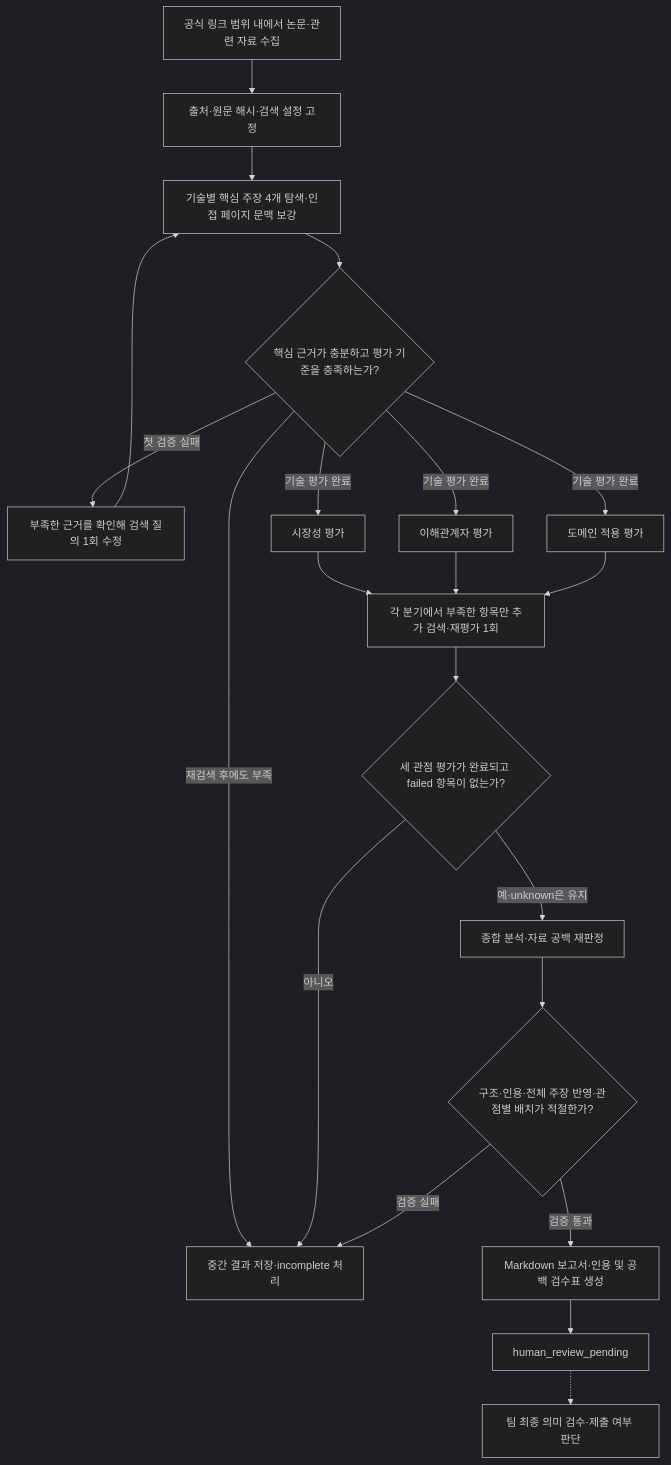
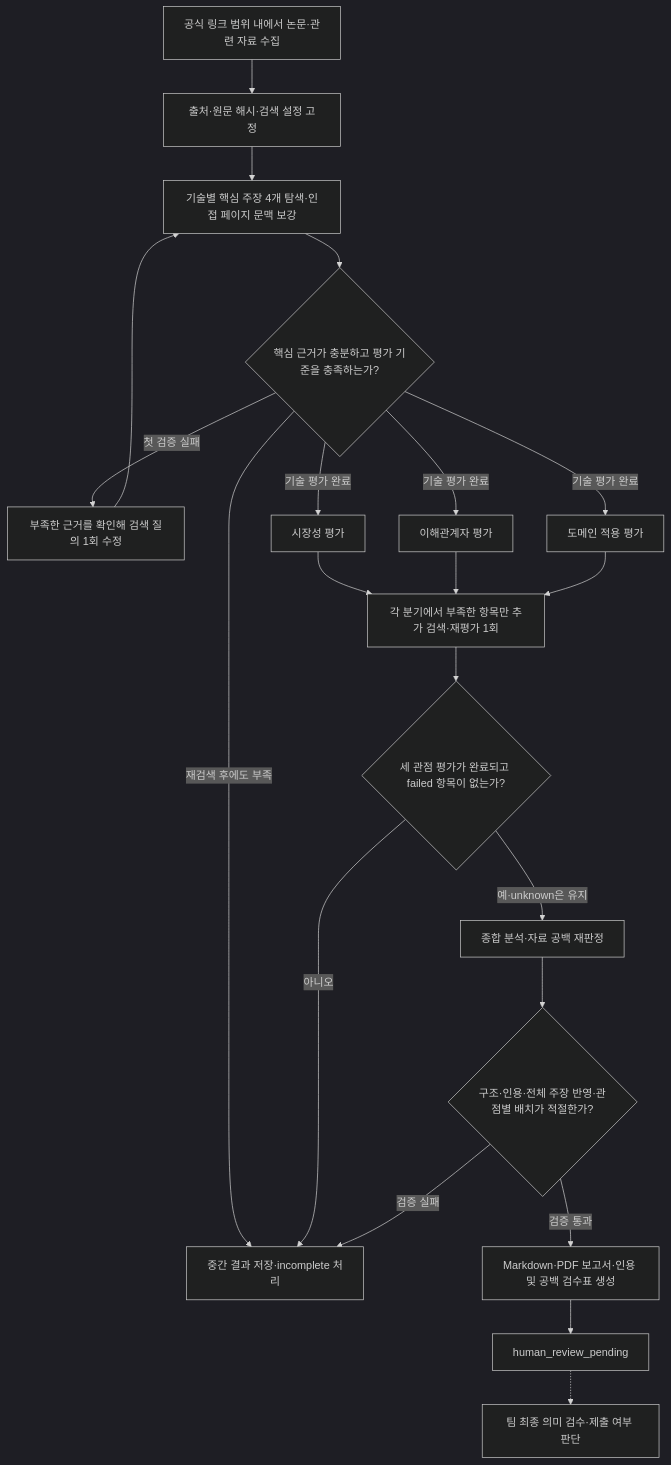
Before and after one commit to pbjuni1007-cmyk/skala-rag-project: the sixth of 7 diagrams in docs/design-report.md, drawn with Mermaid (dark theme). The commit also changed other lines of this file and 3 other files, not shown here.

````diff
--- a/docs/design-report.md
+++ b/docs/design-report.md
@@ -176,23 +176,23 @@
 ```mermaid
 flowchart TD
     P["공식 링크 범위 내에서 논문·관련 자료 수집"] --> L["출처·원문 해시·검색 설정 고정"]
     L --> R["기술별 핵심 주장 4개 탐색·인접 페이지 문맥 보강"]
     R --> C{"핵심 근거가 충분하고 평가 기준을 충족하는가?"}
     C -->|첫 검증 실패| Q["부족한 근거를 확인해 검색 질의 1회 수정"]
     Q --> R
     C -->|재검색 후에도 부족| F["중간 결과 저장·incomplete 처리"]
     C -->|기술 평가 완료| M["시장성 평가"]
     C -->|기술 평가 완료| S["이해관계자 평가"]
     C -->|기술 평가 완료| D["도메인 적용 평가"]
     M --> B["각 분기에서 부족한 항목만 추가 검색·재평가 1회"]
     S --> B
     D --> B
     B --> J{"세 관점 평가가 완료되고 failed 항목이 없는가?"}
     J -->|아니오| F
     J -->|예·unknown은 유지| G["종합 분석·자료 공백 재판정"]
     G --> V{"구조·인용·전체 주장 반영·관점별 배치가 적절한가?"}
     V -->|검증 실패| F
-    V -->|검증 통과| O["Markdown 보고서·인용 및 공백 검수표 생성"]
+    V -->|검증 통과| O["Markdown·PDF 보고서·인용 및 공백 검수표 생성"]
     O --> H["human_review_pending"]
     H -.-> T["팀 최종 의미 검수·제출 여부 판단"]
 ```
````
